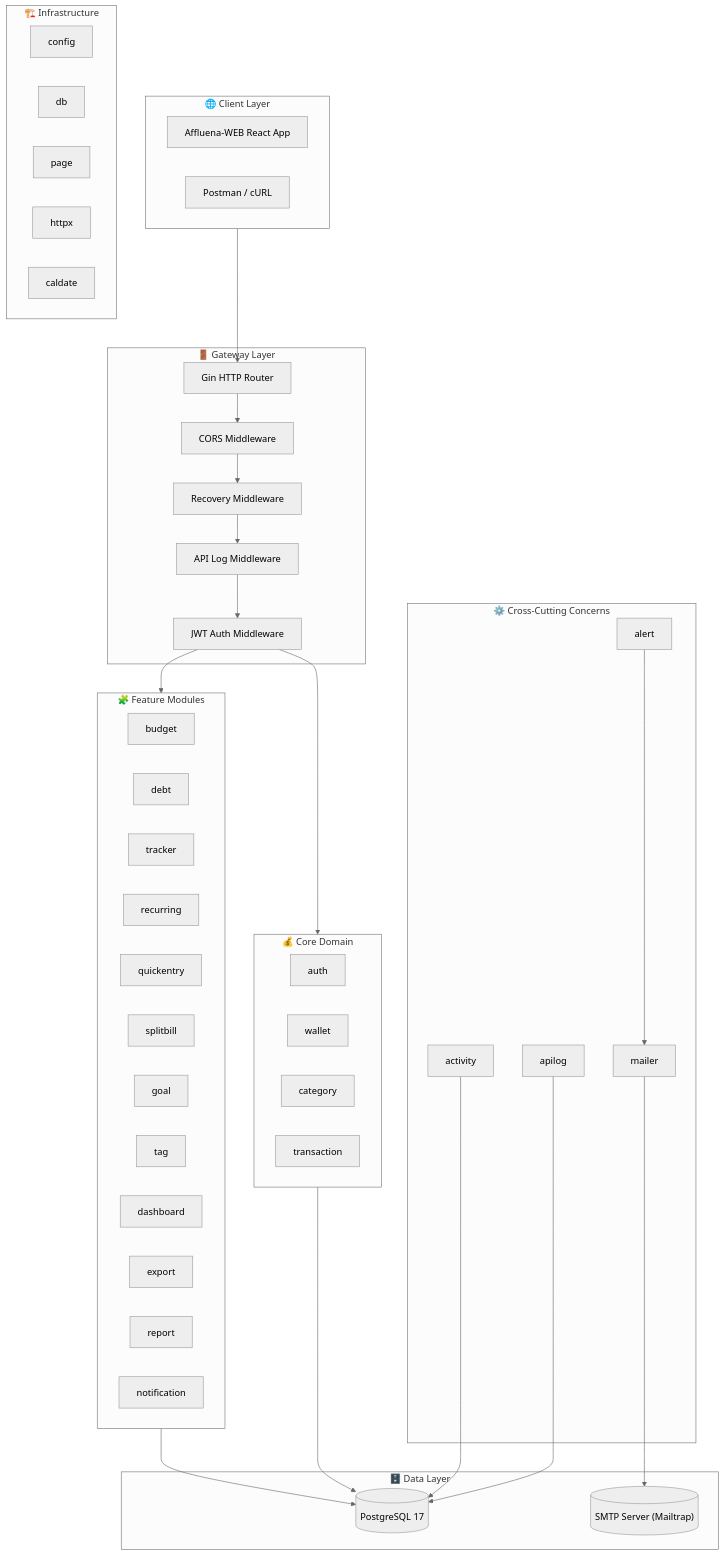
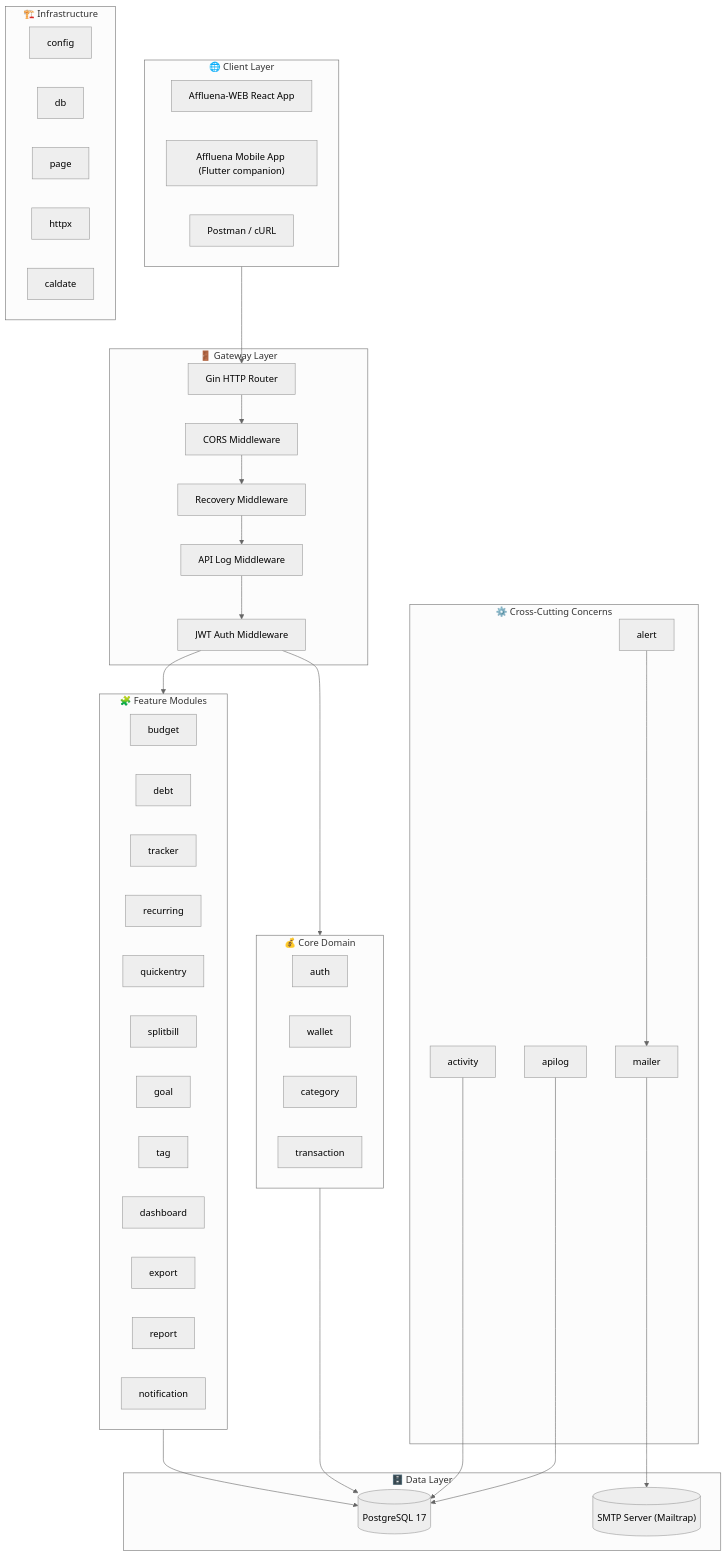
Before and after one commit to adty404/Affluena-API: the first of 4 diagrams in docs/system_map.md, drawn with Mermaid (neutral theme). The commit also changed other lines of this file, not shown here.

Commit message:
docs(api): update system map for mobile

````diff
--- a/docs/system_map.md
+++ b/docs/system_map.md
@@ -11,67 +11,68 @@
 ```mermaid
 graph TB
     subgraph Client["🌐 Client Layer"]
         WEB["Affluena-WEB React App"]
+        MOBILE["Affluena Mobile App (Flutter companion)"]
         Postman["Postman / cURL"]
     end
 
     subgraph Gateway["🚪 Gateway Layer"]
         GIN["Gin HTTP Router"]
         MW_CORS["CORS Middleware"]
         MW_RECOVERY["Recovery Middleware"]
         MW_APILOG["API Log Middleware"]
         MW_AUTH["JWT Auth Middleware"]
     end
 
     subgraph Core["💰 Core Domain"]
         AUTH["auth"]
         WALLET["wallet"]
         CATEGORY["category"]
         TRANSACTION["transaction"]
     end
 
     subgraph Features["🧩 Feature Modules"]
         BUDGET["budget"]
         DEBT["debt"]
         TRACKER["tracker"]
         RECURRING["recurring"]
         QUICKENTRY["quickentry"]
         SPLITBILL["splitbill"]
         GOAL["goal"]
         TAG["tag"]
         DASHBOARD["dashboard"]
         EXPORT["export"]
         REPORT["report"]
         NOTIFICATION["notification"]
     end
 
     subgraph CrossCutting["⚙️ Cross-Cutting Concerns"]
         ACTIVITY["activity"]
         ALERT["alert"]
         MAILER["mailer"]
         APILOG["apilog"]
     end
 
     subgraph Infra["🏗️ Infrastructure"]
         CONFIG["config"]
         DB["db"]
         PAGE["page"]
         HTTPX["httpx"]
         CALDATE["caldate"]
     end
 
     subgraph Data["🗄️ Data Layer"]
         PG[("PostgreSQL 17")]
         SMTP[("SMTP Server (Mailtrap)")]
     end
 
     Client --> GIN
     GIN --> MW_CORS --> MW_RECOVERY --> MW_APILOG --> MW_AUTH
     MW_AUTH --> Core
     MW_AUTH --> Features
     Core --> PG
     Features --> PG
     ALERT --> MAILER --> SMTP
     APILOG --> PG
     ACTIVITY --> PG
 ```
````
